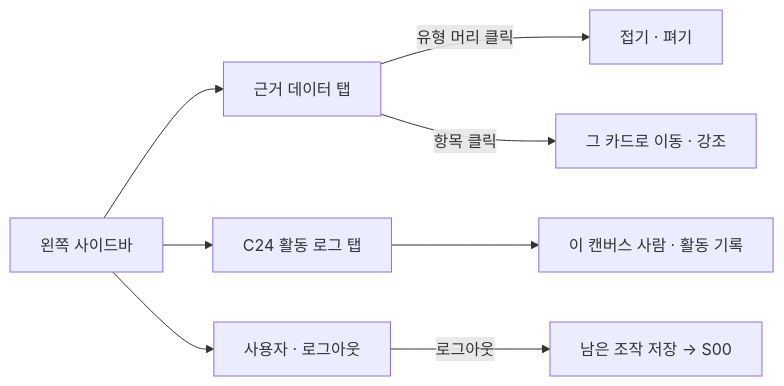
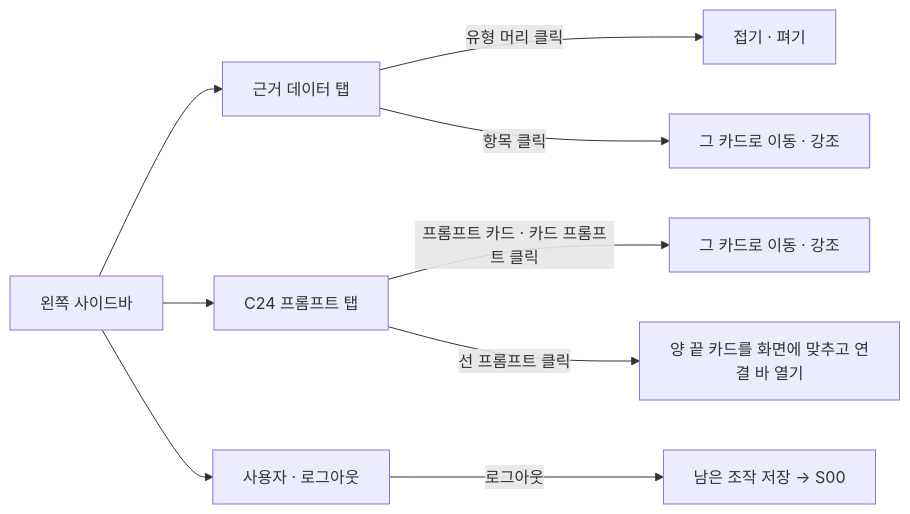
The fifth of 12 diagrams in docs/frontend/ia.md (vamos-team/telescope), drawn with Mermaid before and after one commit. The commit also changed other lines of this file and 6 other files, not shown here.

````diff
--- a/docs/frontend/ia.md
+++ b/docs/frontend/ia.md
@@ -207,10 +203,11 @@
 ```mermaid
 flowchart LR
   LP["왼쪽 사이드바"] --> E["근거 데이터 탭"]
-  LP --> G["C24 활동 로그 탭"]
+  LP --> G["C24 프롬프트 탭"]
   LP --> U["사용자 · 로그아웃"]
   E -->|유형 머리 클릭| E1["접기 · 펴기"]
   E -->|항목 클릭| E2["그 카드로 이동 · 강조"]
-  G --> G1["이 캔버스 사람 · 활동 기록"]
+  G -->|프롬프트 카드 · 카드 프롬프트 클릭| G1["그 카드로 이동 · 강조"]
+  G -->|선 프롬프트 클릭| G2["양 끝 카드를 화면에 맞추고 연결 바 열기"]
   U -->|로그아웃| U1["남은 조작 저장 → S00"]
 ```
````
